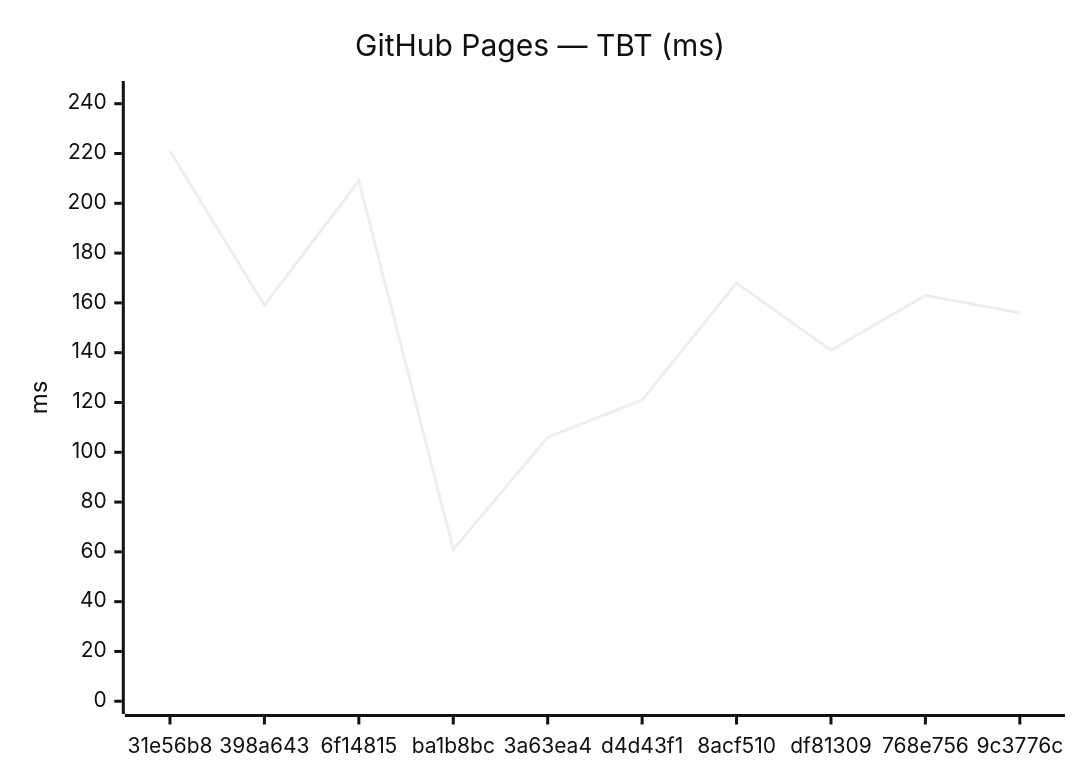
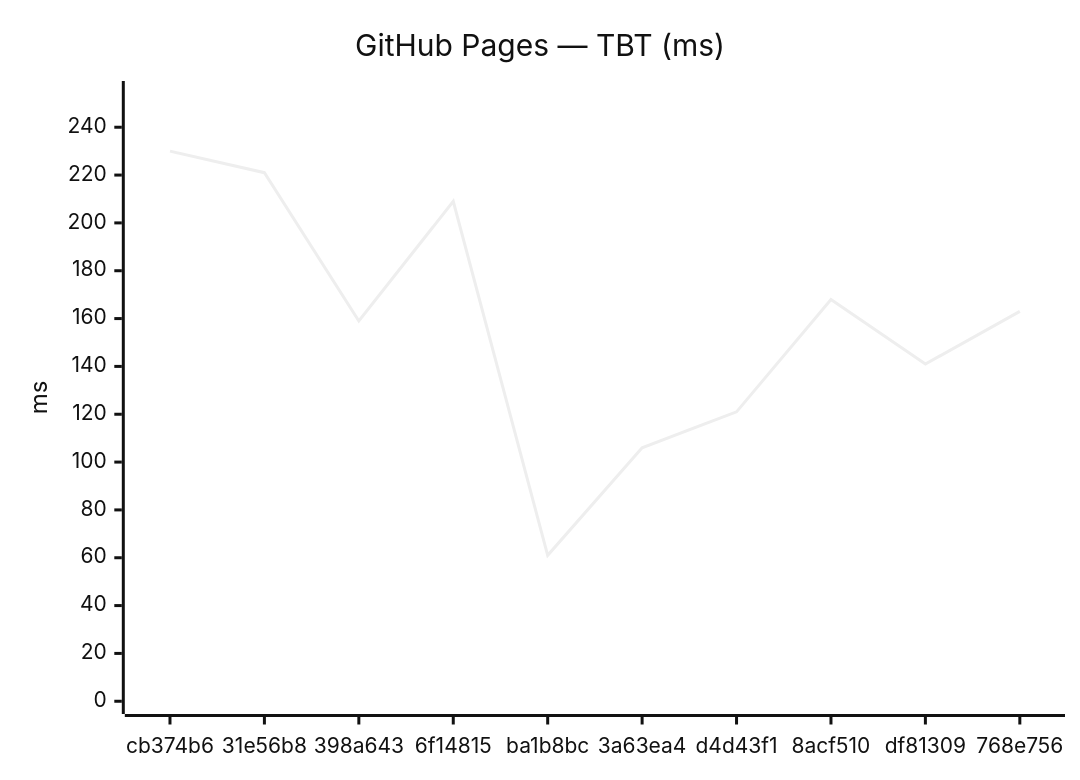
Before and after one commit to Metaheurist/Rianell: the fourth of 18 diagrams in benchmarks/compare.md, drawn with Mermaid (neutral theme). The commit also changed other lines of this file and 11 other files, not shown here.

````diff
--- a/benchmarks/compare.md
+++ b/benchmarks/compare.md
@@ -61,7 +61,7 @@
 ```mermaid
 xychart-beta
     title "GitHub Pages — TBT (ms)"
-    x-axis ["31e56b8", "398a643", "6f14815", "ba1b8bc", "3a63ea4", "d4d43f1", "8acf510", "df81309", "768e756", "9c3776c"]
-    y-axis "ms" 0 --> 244
-    line [221, 159, 209, 61, 106, 121, 168, 141, 163, 156]
+    x-axis ["cb374b6", "31e56b8", "398a643", "6f14815", "ba1b8bc", "3a63ea4", "d4d43f1", "8acf510", "df81309", "768e756"]
+    y-axis "ms" 0 --> 254
+    line [230, 221, 159, 209, 61, 106, 121, 168, 141, 163]
 ```
````
